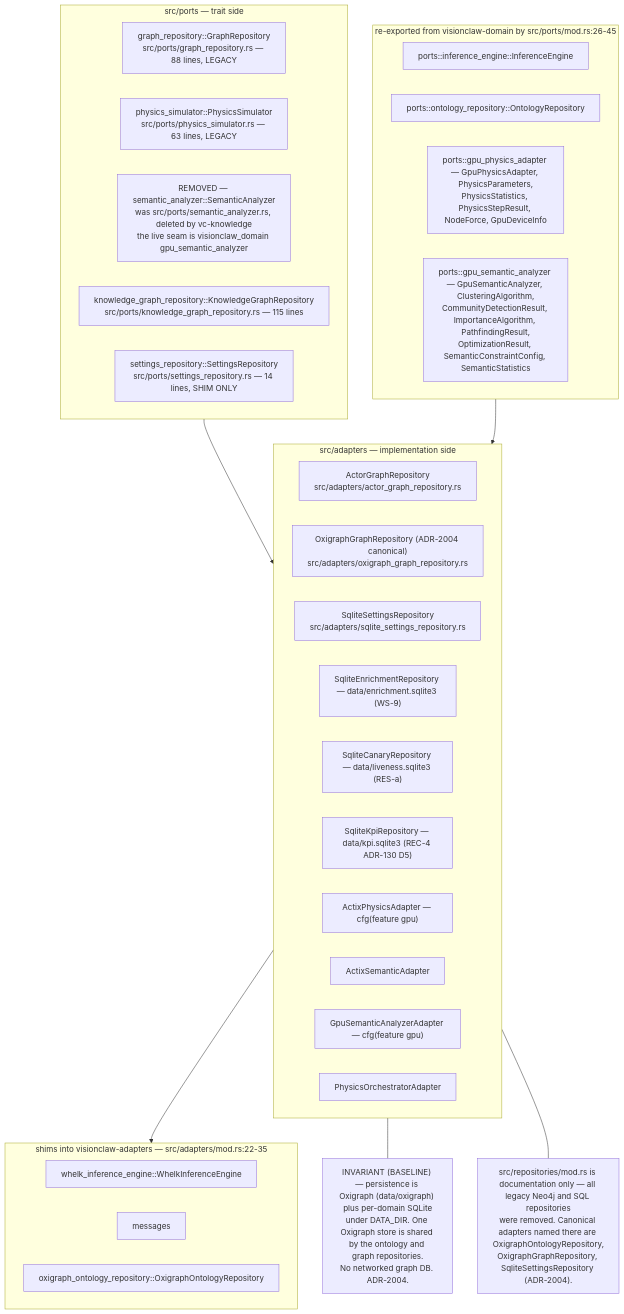
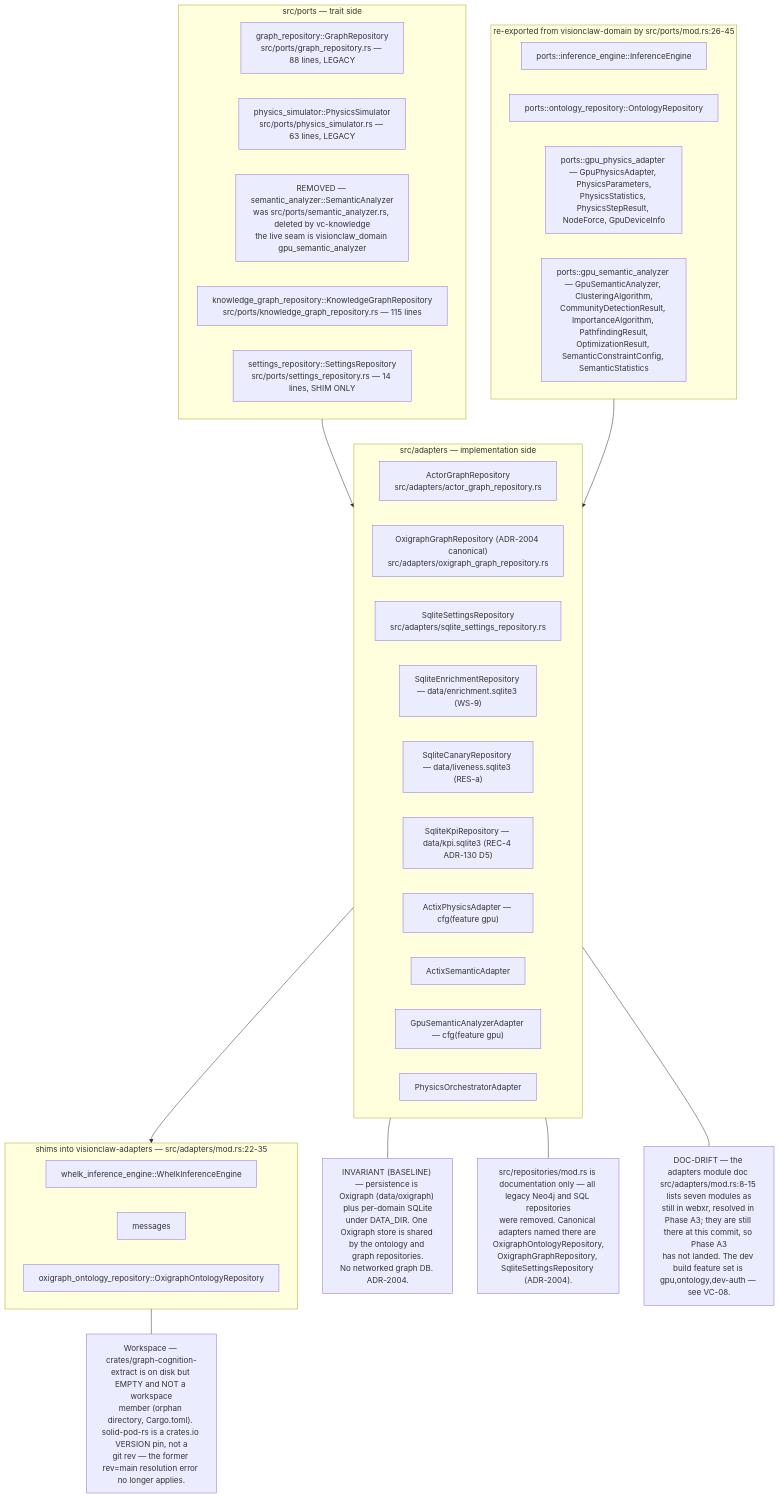
One commit to DreamLab-AI/VisionFlow changed the first of 9 diagrams in docs/diagrams/visionclaw/07-hexagonal-ports-and-crates.md. Above: the diagram before and after it, drawn with Mermaid. The commit also changed other lines of this file and 136 other files, not shown here.

First line of the commit message:
docs(diagrams): refresh the whole corpus to code HEAD and prune low-value diagrams

````diff
--- a/docs/diagrams/visionclaw/07-hexagonal-ports-and-crates.md
+++ b/docs/diagrams/visionclaw/07-hexagonal-ports-and-crates.md
@@ -63,40 +65,44 @@
 ```mermaid
 flowchart TB
     subgraph PORTS["src/ports — trait side"]
         P1["graph_repository::GraphRepository<br/>src/ports/graph_repository.rs — 88 lines, LEGACY"]
         P2["physics_simulator::PhysicsSimulator<br/>src/ports/physics_simulator.rs — 63 lines, LEGACY"]
         P3["REMOVED — semantic_analyzer::SemanticAnalyzer<br/>was src/ports/semantic_analyzer.rs, deleted by vc-knowledge<br/>the live seam is visionclaw_domain gpu_semantic_analyzer"]
         P4["knowledge_graph_repository::KnowledgeGraphRepository<br/>src/ports/knowledge_graph_repository.rs — 115 lines"]
         P5["settings_repository::SettingsRepository<br/>src/ports/settings_repository.rs — 14 lines, SHIM ONLY"]
     end
     subgraph SHIM["re-exported from visionclaw-domain by src/ports/mod.rs:26-45"]
         S1["ports::inference_engine::InferenceEngine"]
         S2["ports::ontology_repository::OntologyRepository"]
         S3["ports::gpu_physics_adapter — GpuPhysicsAdapter, PhysicsParameters,<br/>PhysicsStatistics, PhysicsStepResult, NodeForce, GpuDeviceInfo"]
         S4["ports::gpu_semantic_analyzer — GpuSemanticAnalyzer, ClusteringAlgorithm,<br/>CommunityDetectionResult, ImportanceAlgorithm, PathfindingResult,<br/>OptimizationResult, SemanticConstraintConfig, SemanticStatistics"]
     end
     subgraph ADAPT["src/adapters — implementation side"]
         A1["ActorGraphRepository<br/>src/adapters/actor_graph_repository.rs"]
         A2["OxigraphGraphRepository (ADR-2004 canonical)<br/>src/adapters/oxigraph_graph_repository.rs"]
         A3["SqliteSettingsRepository<br/>src/adapters/sqlite_settings_repository.rs"]
         A4["SqliteEnrichmentRepository — data/enrichment.sqlite3 (WS-9)"]
         A5["SqliteCanaryRepository — data/liveness.sqlite3 (RES-a)"]
         A6["SqliteKpiRepository — data/kpi.sqlite3 (REC-4 ADR-130 D5)"]
         A7["ActixPhysicsAdapter — cfg(feature gpu)"]
         A8["ActixSemanticAdapter"]
         A9["GpuSemanticAnalyzerAdapter — cfg(feature gpu)"]
         A10["PhysicsOrchestratorAdapter"]
     end
     subgraph XCRATE["shims into visionclaw-adapters — src/adapters/mod.rs:22-35"]
         X1["whelk_inference_engine::WhelkInferenceEngine"]
         X2["messages"]
         X3["oxigraph_ontology_repository::OxigraphOntologyRepository"]
     end
     PORTS --> ADAPT
     SHIM --> ADAPT
     ADAPT --> XCRATE
     N1["INVARIANT (BASELINE) — persistence is Oxigraph (data/oxigraph) plus per-domain SQLite<br/>under DATA_DIR. One Oxigraph store is shared by the ontology and graph repositories.<br/>No networked graph DB. ADR-2004."]
     ADAPT --- N1
     N2["src/repositories/mod.rs is documentation only — all legacy Neo4j and SQL repositories<br/>were removed. Canonical adapters named there are OxigraphOntologyRepository,<br/>OxigraphGraphRepository, SqliteSettingsRepository (ADR-2004)."]
     ADAPT --- N2
+    N3["Workspace — crates/graph-cognition-extract is on disk but EMPTY and NOT a workspace<br/>member (orphan directory, Cargo.toml). solid-pod-rs is a crates.io VERSION pin, not a<br/>git rev — the former rev=main resolution error no longer applies."]
+    XCRATE --- N3
+    N4["DOC-DRIFT — the adapters module doc src/adapters/mod.rs:8-15 lists seven modules as<br/>still in webxr, resolved in Phase A3; they are still there at this commit, so Phase A3<br/>has not landed. The dev build feature set is gpu,ontology,dev-auth — see VC-08."]
+    ADAPT --- N4
 ```
````
